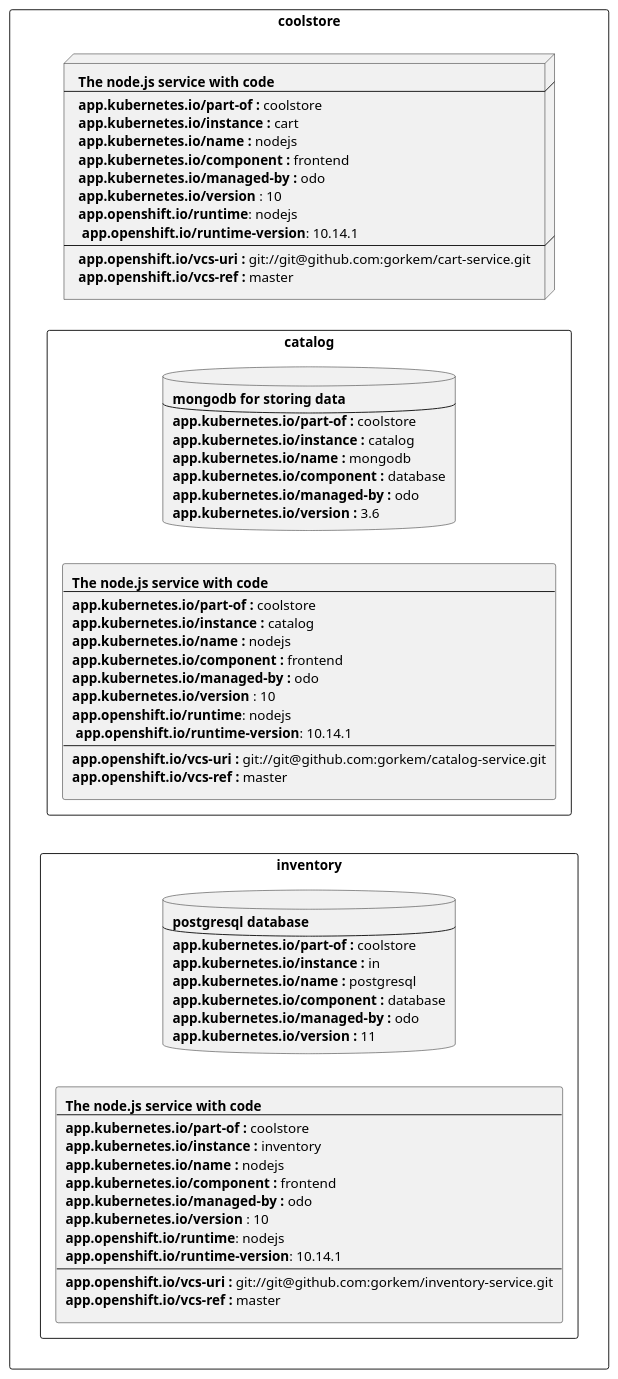
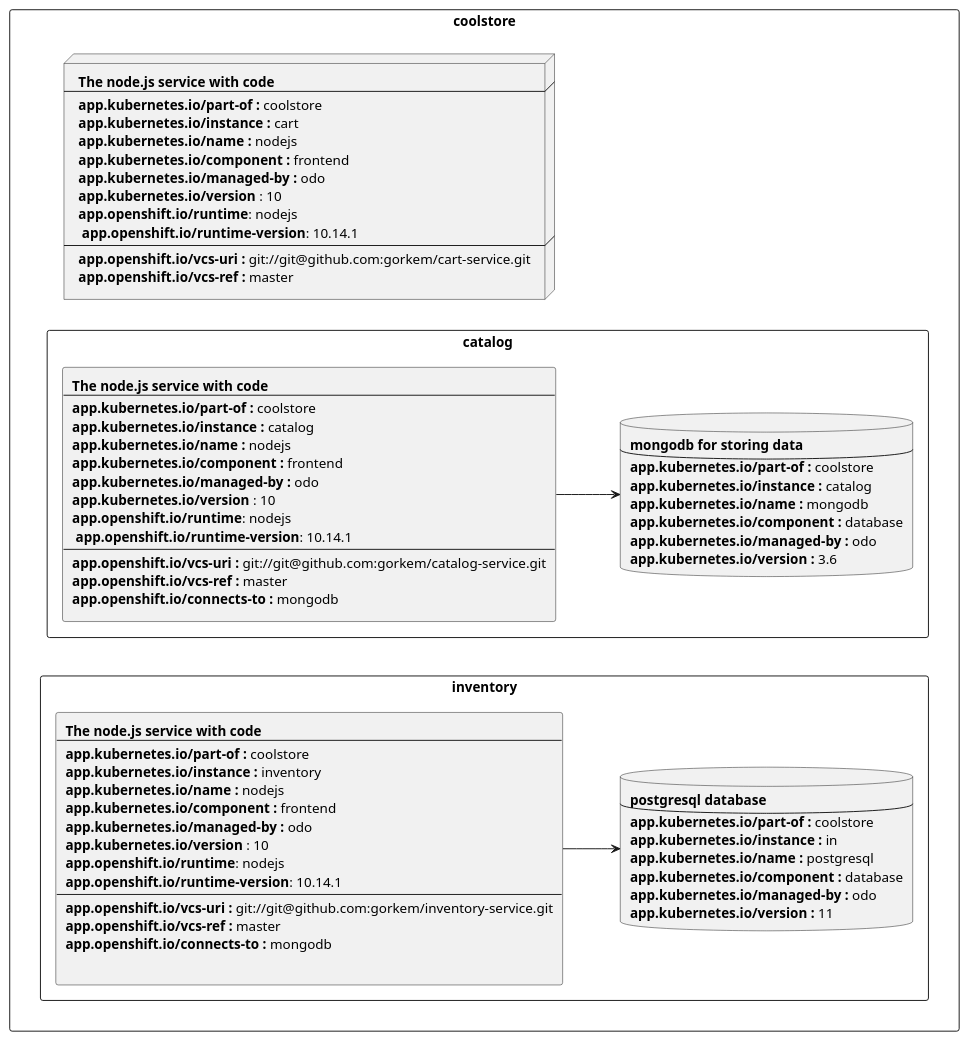
Before and after one commit to redhat-developer/app-labels: the second of 2 diagrams in labels-annotation-for-openshift.adoc, drawn with PlantUML. The commit also changed other lines of this file, not shown here.

Commit message:
move connects-to to annotation

```diff
--- a/labels-annotation-for-openshift.adoc
+++ b/labels-annotation-for-openshift.adoc
@@ -208,10 +211,12 @@
                     ----
                     <b>app.openshift.io/vcs-uri :</b> git://git@github.com:gorkem/catalog-service.git
                     <b>app.openshift.io/vcs-ref :</b> master
+                    <b>app.openshift.io/connects-to :</b> mongodb
                 ]
+                catalog --> catalogdb
         }
     }
-    together{
+    together {
         rectangle inventory {
             database postgresql [
                     <b>postgresql database
@@ -237,7 +242,10 @@
                     ----
                     <b>app.openshift.io/vcs-uri :</b> git://git@github.com:gorkem/inventory-service.git
                     <b>app.openshift.io/vcs-ref :</b> master
+                    <b>app.openshift.io/connects-to :</b> mongodb
+
                 ]
+             java8 --> postgresql
         }
     }
 }
```
